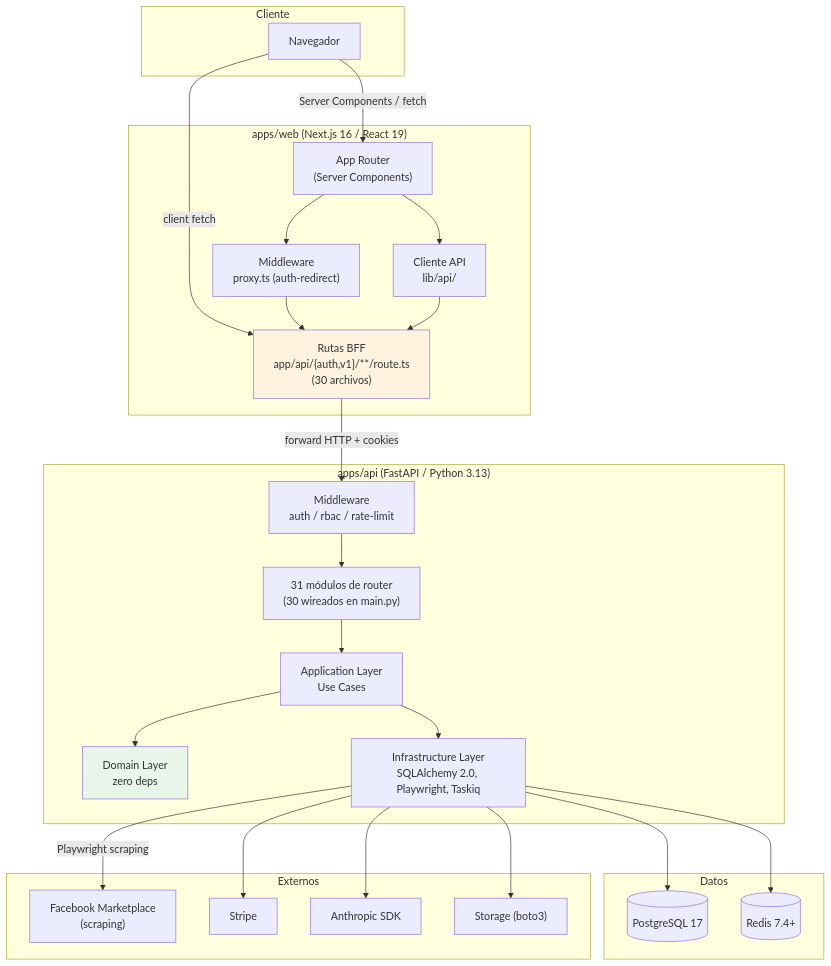
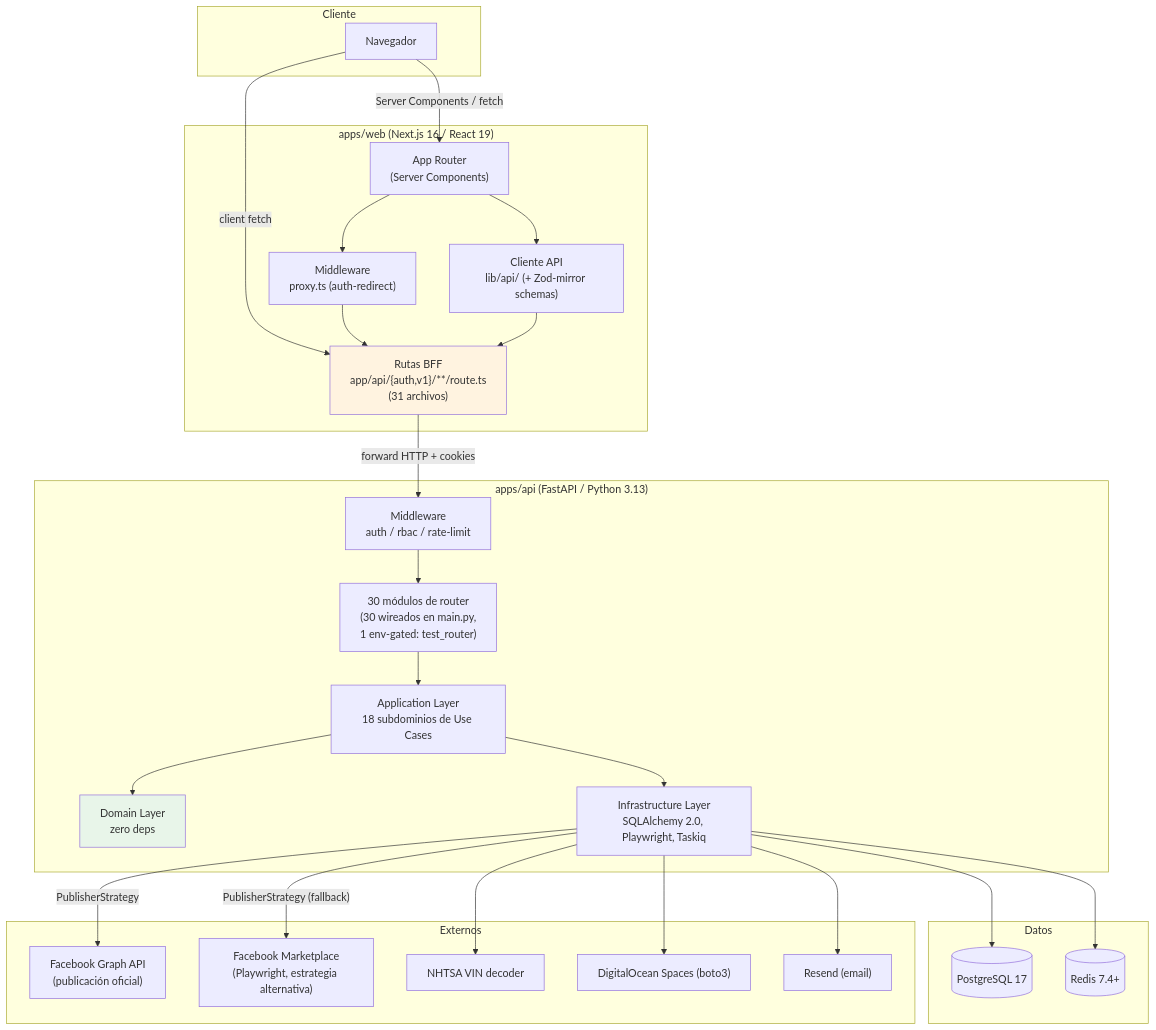
The first of 8 diagrams in aidlc/spaces/default/codekb/prosell-sass/architecture.md (rap77/prosell-sass), drawn with Mermaid before and after one commit. The commit also changed other lines of this file and 121 other files, not shown here.

````diff
--- a/aidlc/spaces/default/codekb/prosell-sass/architecture.md
+++ b/aidlc/spaces/default/codekb/prosell-sass/architecture.md
@@ -19,54 +19,56 @@
 ```mermaid
 graph TB
     subgraph Cliente
         Browser["Navegador"]
     end
 
     subgraph "apps/web (Next.js 16 / React 19)"
         Proxy["Middleware<br/>proxy.ts (auth-redirect)"]
         AppRouter["App Router<br/>(Server Components)"]
-        BFF["Rutas BFF<br/>app/api/{auth,v1}/**/route.ts<br/>(30 archivos)"]
-        Client["Cliente API<br/>lib/api/"]
+        BFF["Rutas BFF<br/>app/api/{auth,v1}/**/route.ts<br/>(31 archivos)"]
+        Client["Cliente API<br/>lib/api/ (+ Zod-mirror schemas)"]
     end
 
     subgraph "apps/api (FastAPI / Python 3.13)"
         MW["Middleware<br/>auth / rbac / rate-limit"]
-        Routers["31 módulos de router<br/>(30 wireados en main.py)"]
-        App["Application Layer<br/>Use Cases"]
+        Routers["30 módulos de router<br/>(30 wireados en main.py,<br/>1 env-gated: test_router)"]
+        App["Application Layer<br/>18 subdominios de Use Cases"]
         Domain["Domain Layer<br/>zero deps"]
         Infra["Infrastructure Layer<br/>SQLAlchemy 2.0, Playwright, Taskiq"]
     end
 
     subgraph Datos
         PG[("PostgreSQL 17")]
         Redis[("Redis 7.4+")]
     end
 
     subgraph Externos
-        FBM["Facebook Marketplace<br/>(scraping)"]
-        Stripe["Stripe"]
-        Anthropic["Anthropic SDK"]
-        S3["Storage (boto3)"]
+        FBGraph["Facebook Graph API<br/>(publicación oficial)"]
+        FBPlaywright["Facebook Marketplace<br/>(Playwright, estrategia alternativa)"]
+        NHTSA["NHTSA VIN decoder"]
+        S3["DigitalOcean Spaces (boto3)"]
+        Email["Resend (email)"]
     end
 
     Browser -->|"Server Components / fetch"| AppRouter
     Browser -->|"client fetch"| BFF
     AppRouter --> Proxy
     Proxy --> BFF
     BFF -->|"forward HTTP + cookies"| MW
     Client --> BFF
     AppRouter --> Client
     MW --> Routers
     Routers --> App
     App --> Domain
     App --> Infra
     Infra --> PG
     Infra --> Redis
-    Infra -->|"Playwright scraping"| FBM
-    Infra --> Stripe
-    Infra --> Anthropic
+    Infra -->|"PublisherStrategy"| FBGraph
+    Infra -->|"PublisherStrategy (fallback)"| FBPlaywright
+    Infra --> NHTSA
     Infra --> S3
+    Infra --> Email
 
     style Domain fill:#e8f5e9
     style BFF fill:#fff3e0
 ```
````
